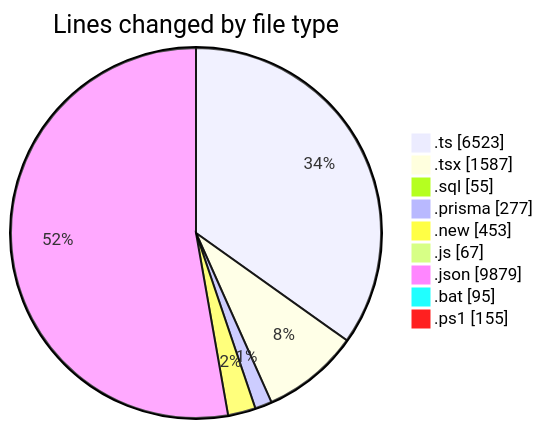
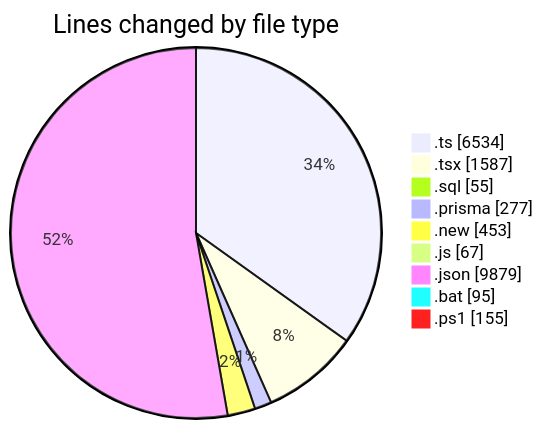
Before and after one commit to CELIANVF/code-tracking: the first of 2 diagrams in 2025-06-03/ecodeli-1/README.md, drawn with Mermaid. The commit also changed other lines of this file and 1 other file, not shown here.

````diff
--- a/2025-06-03/ecodeli-1/README.md
+++ b/2025-06-03/ecodeli-1/README.md
@@ -57,13 +57,13 @@
 ```mermaid
 pie showData
 title Lines changed by file type
-".ts" : 6523
+".ts" : 6534
 ".tsx" : 1587
 ".sql" : 55
 ".prisma" : 277
 ".new" : 453
 ".js" : 67
 ".json" : 9879
 ".bat" : 95
 ".ps1" : 155
 ```
````
